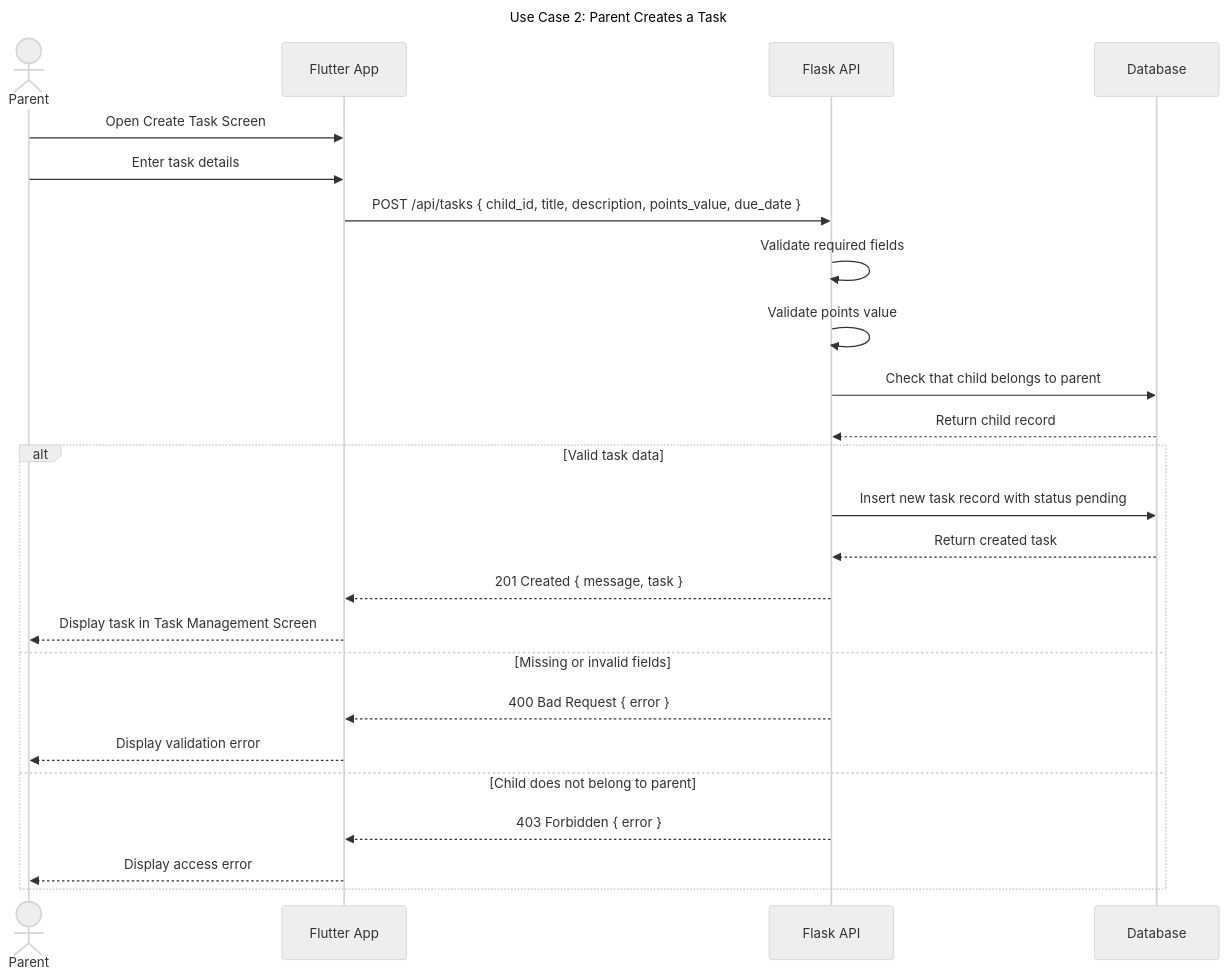
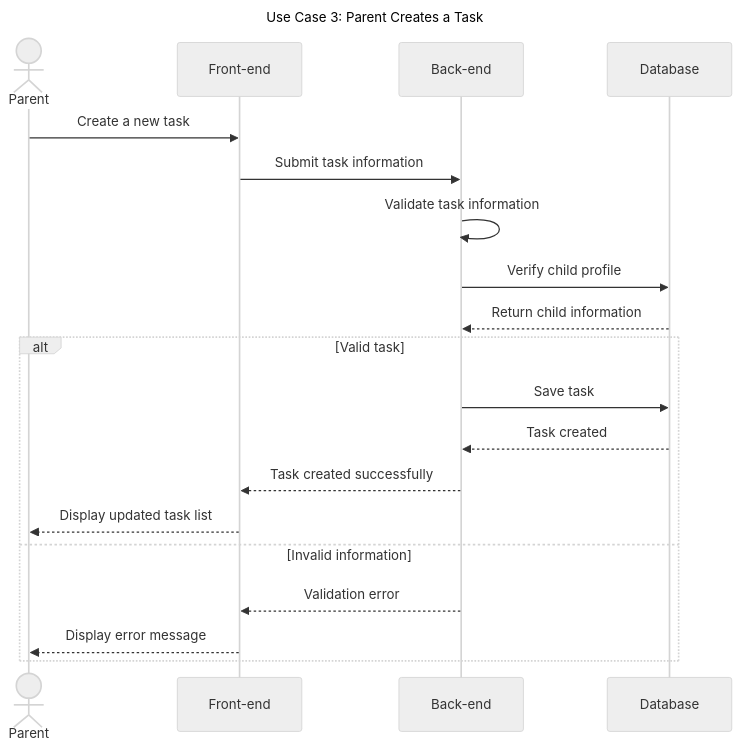
One commit to Norahxj/HolbertonSchool-Portfolio_Project changed the fifth of 7 diagrams in STAGE3/Asalah_Technical_Documentation.md. Above: the diagram before and after it, drawn with Mermaid (neutral theme). The commit also changed other lines of this file and 2 other files, not shown here.

````diff
--- a/STAGE3/Asalah_Technical_Documentation.md
+++ b/STAGE3/Asalah_Technical_Documentation.md
@@ -477,31 +683,26 @@
 ```mermaid
 sequenceDiagram
-    title Use Case 2: Parent Creates a Task
+    title Use Case 3: Parent Creates a Task
 
     actor Parent
-    participant FlutterApp as Flutter App
-    participant FlaskAPI as Flask API
-    participant Database as Database
+    participant FrontEnd as Front-end
+    participant BackEnd as Back-end
+    participant Database
 
-    Parent->>FlutterApp: Open Create Task Screen
-    Parent->>FlutterApp: Enter task details
-    FlutterApp->>FlaskAPI: POST /api/tasks { child_id, title, description, points_value, due_date }
+    Parent->>FrontEnd: Create a new task
+    FrontEnd->>BackEnd: Submit task information
 
-    FlaskAPI->>FlaskAPI: Validate required fields
-    FlaskAPI->>FlaskAPI: Validate points value
-    FlaskAPI->>Database: Check that child belongs to parent
-    Database-->>FlaskAPI: Return child record
+    BackEnd->>BackEnd: Validate task information
+    BackEnd->>Database: Verify child profile
+    Database-->>BackEnd: Return child information
 
-    alt Valid task data
-        FlaskAPI->>Database: Insert new task record with status pending
-        Database-->>FlaskAPI: Return created task
-        FlaskAPI-->>FlutterApp: 201 Created { message, task }
-        FlutterApp-->>Parent: Display task in Task Management Screen
-    else Missing or invalid fields
-        FlaskAPI-->>FlutterApp: 400 Bad Request { error }
-        FlutterApp-->>Parent: Display validation error
-    else Child does not belong to parent
-        FlaskAPI-->>FlutterApp: 403 Forbidden { error }
-        FlutterApp-->>Parent: Display access error
+    alt Valid task
+        BackEnd->>Database: Save task
+        Database-->>BackEnd: Task created
+        BackEnd-->>FrontEnd: Task created successfully
+        FrontEnd-->>Parent: Display updated task list
+    else Invalid information
+        BackEnd-->>FrontEnd: Validation error
+        FrontEnd-->>Parent: Display error message
     end
 ```
````
